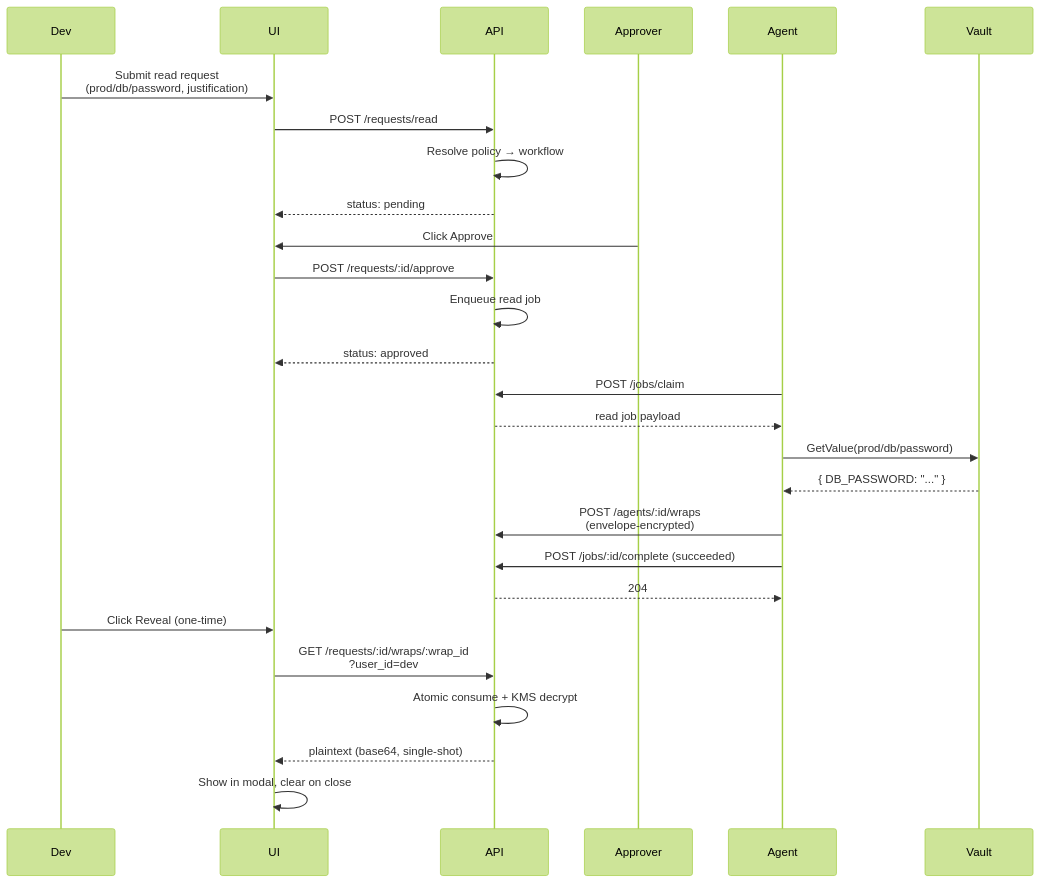
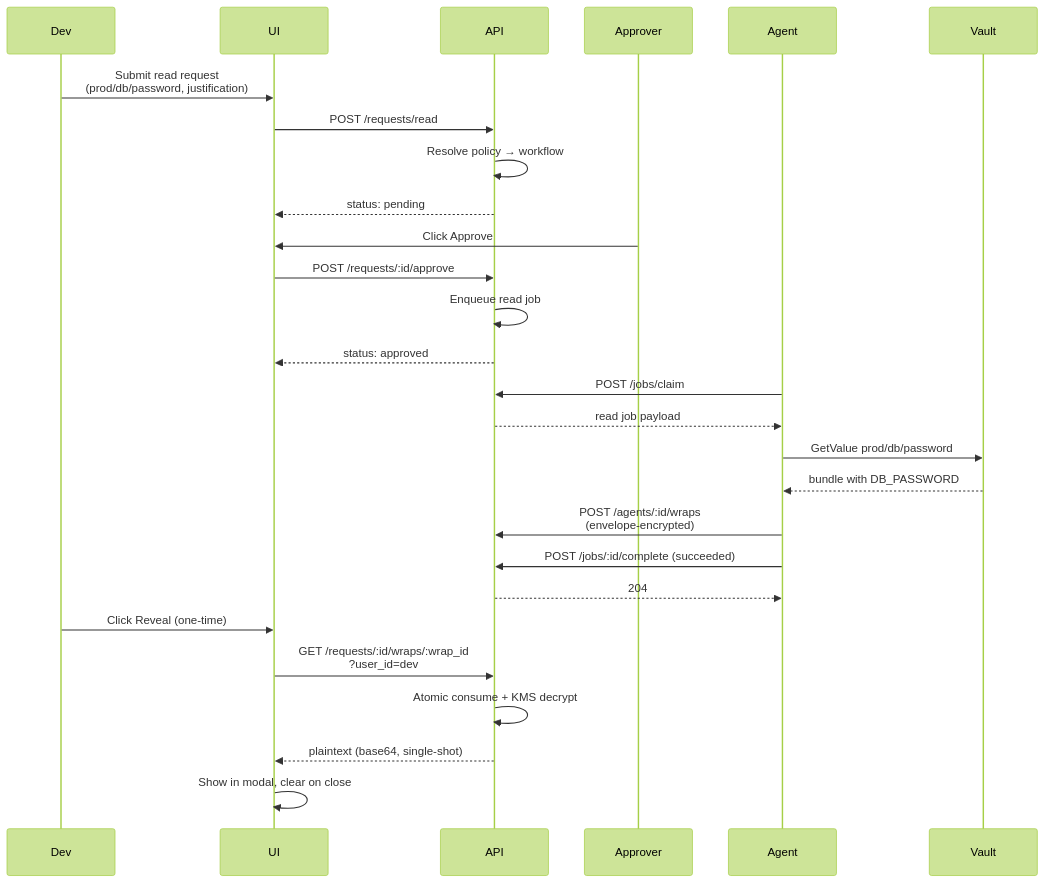
The second of 5 diagrams in docs/overview/architecture.md (secrets-bridge/docs), drawn with Mermaid (forest theme) before and after one commit. The commit also changed other lines of this file and 1 other file, not shown here.

First line of the commit message:
fix(mermaid): bring all diagrams in line with Mermaid 11 parser (#5)

````diff
--- a/docs/overview/architecture.md
+++ b/docs/overview/architecture.md
@@ -62,30 +62,30 @@
     ```mermaid
     sequenceDiagram
         participant Dev
         participant UI
         participant API
         participant Approver
         participant Agent
         participant Vault
 
         Dev->>UI: Submit read request<br/>(prod/db/password, justification)
         UI->>API: POST /requests/read
         API->>API: Resolve policy → workflow
         API-->>UI: status: pending
         Approver->>UI: Click Approve
         UI->>API: POST /requests/:id/approve
         API->>API: Enqueue read job
         API-->>UI: status: approved
         Agent->>API: POST /jobs/claim
         API-->>Agent: read job payload
-        Agent->>Vault: GetValue(prod/db/password)
-        Vault-->>Agent: { DB_PASSWORD: "..." }
+        Agent->>Vault: GetValue prod/db/password
+        Vault-->>Agent: bundle with DB_PASSWORD
         Agent->>API: POST /agents/:id/wraps<br/>(envelope-encrypted)
         Agent->>API: POST /jobs/:id/complete (succeeded)
         API-->>Agent: 204
         Dev->>UI: Click Reveal (one-time)
         UI->>API: GET /requests/:id/wraps/:wrap_id<br/>?user_id=dev
         API->>API: Atomic consume + KMS decrypt
         API-->>UI: plaintext (base64, single-shot)
         UI->>UI: Show in modal, clear on close
     ```
````
